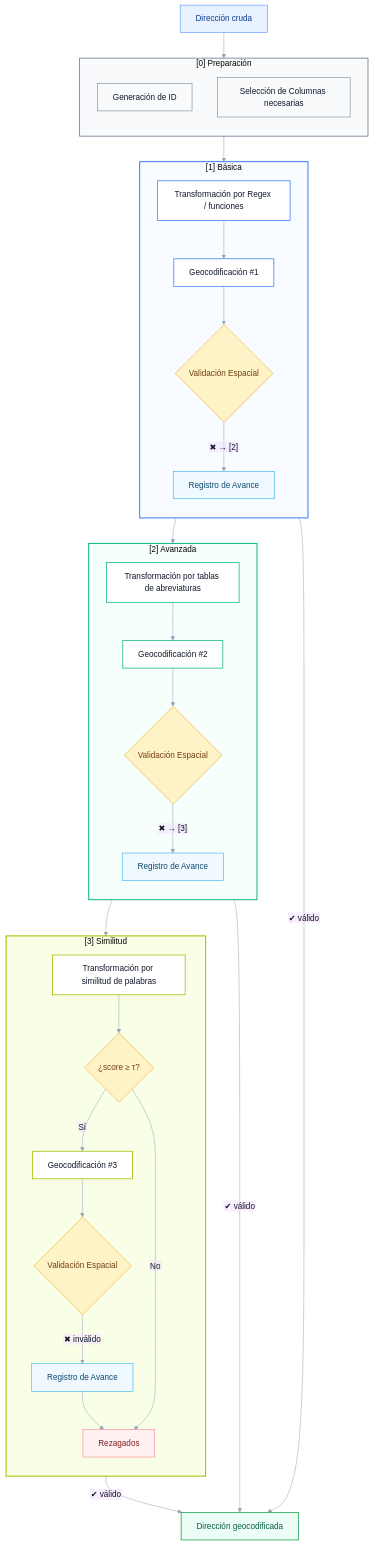
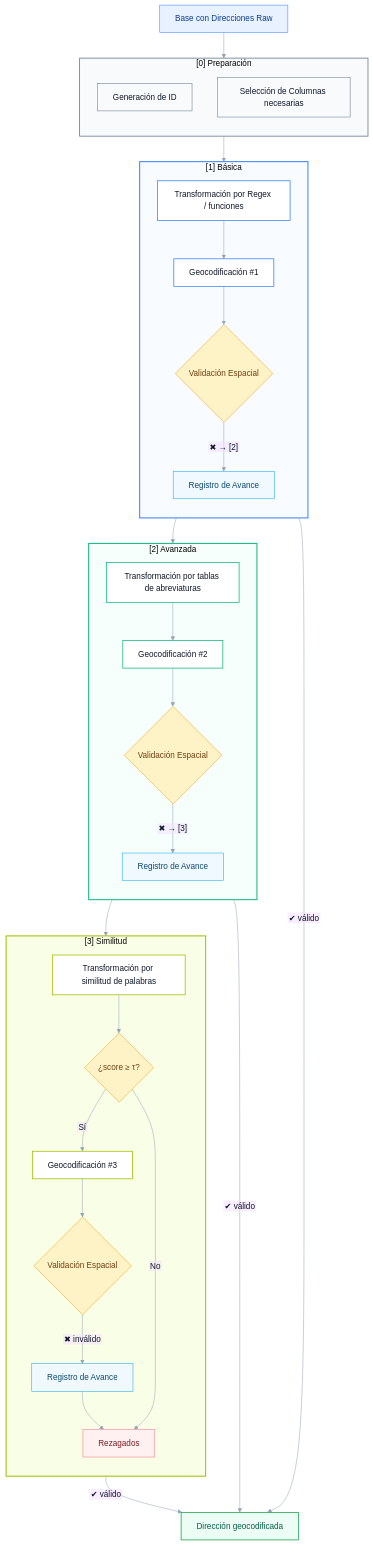
One commit to DenisSebastian/book-curso-geoanalisis-pp-2025 changed the first of 5 diagrams in geocode.qmd. Above: the diagram before and after it, drawn with Mermaid. The commit also changed other lines of this file and 12 other files, not shown here.

```diff
--- a/geocode.qmd
+++ b/geocode.qmd
@@ -157,7 +176,7 @@
   classDef backlog fill:#FFF1F2,stroke:#FB7185,stroke-width:1px,color:#7f1d1d;
 
   %% ====== Entrada ======
-  IN["Dirección cruda"]:::input
+  IN["Base con Direcciones Raw"]:::input
 
   %% ====== [0] Preparación ======
   subgraph S0 ["[0] Preparación"]
```
